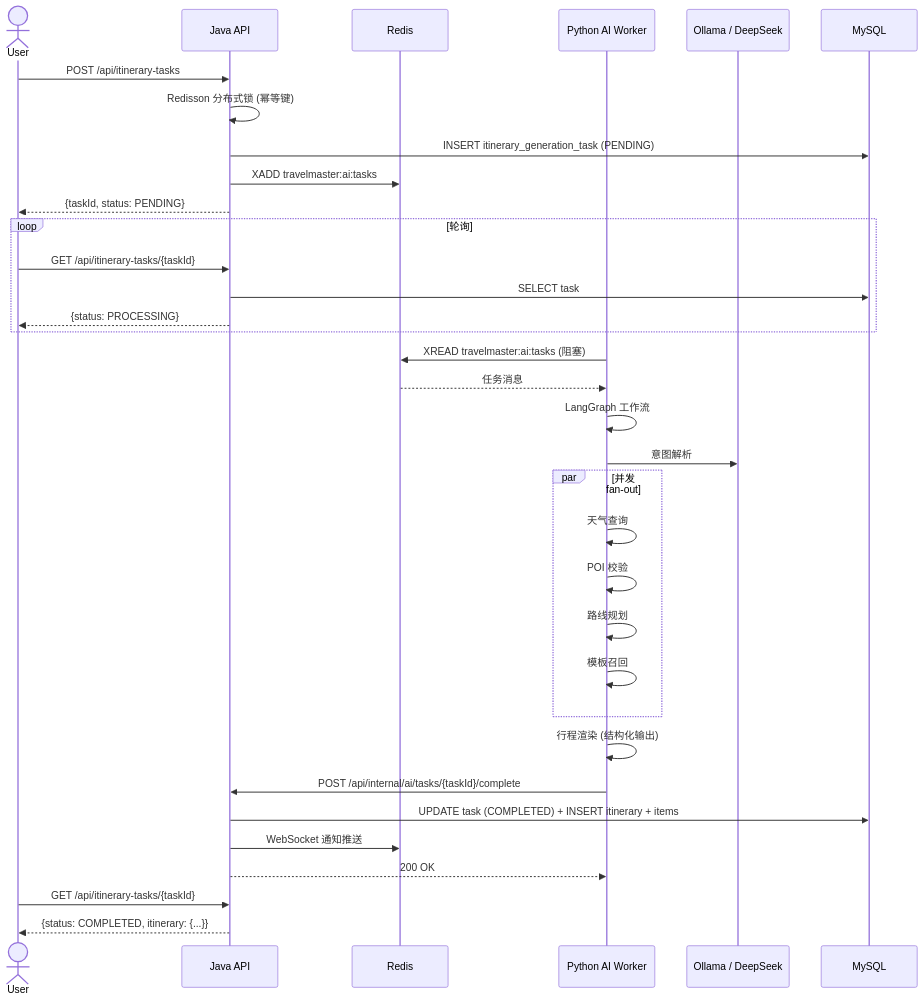
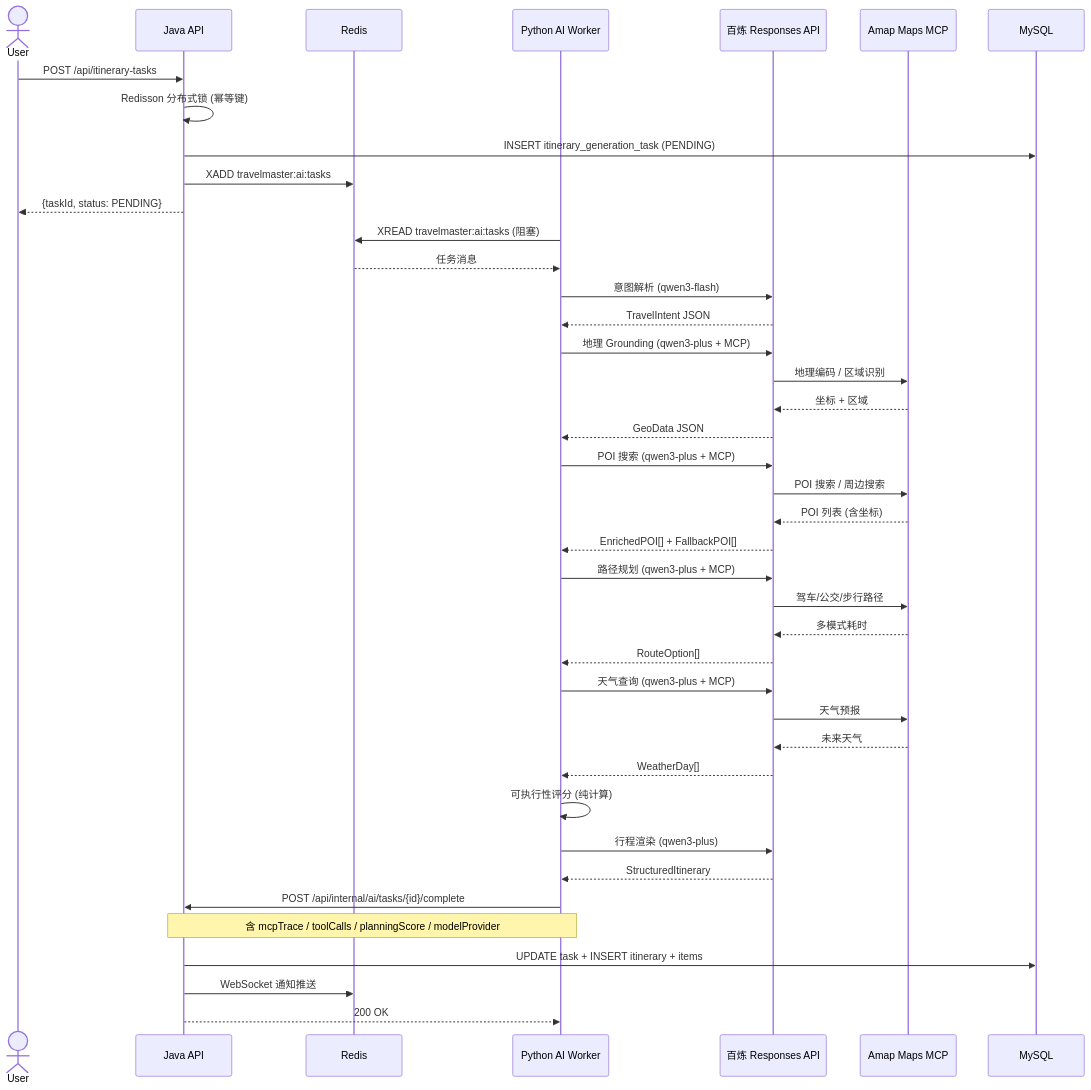
Before and after one commit to Ryan-HJX/TravelMaster-Pro-2.0: the fifth of 6 diagrams in ARCHITECTURE.md, drawn with Mermaid. The commit also changed other lines of this file and 70 other files, not shown here.

````diff
--- a/ARCHITECTURE.md
+++ b/ARCHITECTURE.md
@@ -243,39 +223,50 @@
 ```mermaid
 sequenceDiagram
     actor User
     participant Java as Java API
     participant Redis
     participant Python as Python AI Worker
-    participant LLM as Ollama / DeepSeek
+    participant Bailian as 百炼 Responses API
+    participant Amap as Amap Maps MCP
 
     User->>Java: POST /api/itinerary-tasks
     Java->>Java: Redisson 分布式锁 (幂等键)
     Java->>MySQL: INSERT itinerary_generation_task (PENDING)
     Java->>Redis: XADD travelmaster:ai:tasks
     Java-->>User: {taskId, status: PENDING}
 
-    loop 轮询
-        User->>Java: GET /api/itinerary-tasks/{taskId}
-        Java->>MySQL: SELECT task
-        Java-->>User: {status: PROCESSING}
-    end
-
     Python->>Redis: XREAD travelmaster:ai:tasks (阻塞)
     Redis-->>Python: 任务消息
-    Python->>Python: LangGraph 工作流
-    Python->>LLM: 意图解析
-    par 并发 fan-out
-        Python->>Python: 天气查询
-        Python->>Python: POI 校验
-        Python->>Python: 路线规划
-        Python->>Python: 模板召回
-    end
-    Python->>Python: 行程渲染 (结构化输出)
-    Python->>Java: POST /api/internal/ai/tasks/{taskId}/complete
-    Java->>MySQL: UPDATE task (COMPLETED) + INSERT itinerary + items
+    Python->>Bailian: 意图解析 (qwen3-flash)
+    Bailian-->>Python: TravelIntent JSON
+
+    Python->>Bailian: 地理 Grounding (qwen3-plus + MCP)
+    Bailian->>Amap: 地理编码 / 区域识别
+    Amap-->>Bailian: 坐标 + 区域
+    Bailian-->>Python: GeoData JSON
+
+    Python->>Bailian: POI 搜索 (qwen3-plus + MCP)
+    Bailian->>Amap: POI 搜索 / 周边搜索
+    Amap-->>Bailian: POI 列表 (含坐标)
+    Bailian-->>Python: EnrichedPOI[] + FallbackPOI[]
+
+    Python->>Bailian: 路径规划 (qwen3-plus + MCP)
+    Bailian->>Amap: 驾车/公交/步行路径
+    Amap-->>Bailian: 多模式耗时
+    Bailian-->>Python: RouteOption[]
+
+    Python->>Bailian: 天气查询 (qwen3-plus + MCP)
+    Bailian->>Amap: 天气预报
+    Amap-->>Bailian: 未来天气
+    Bailian-->>Python: WeatherDay[]
+
+    Python->>Python: 可执行性评分 (纯计算)
+    Python->>Bailian: 行程渲染 (qwen3-plus)
+    Bailian-->>Python: StructuredItinerary
+
+    Python->>Java: POST /api/internal/ai/tasks/{id}/complete
+    Note over Python,Java: 含 mcpTrace / toolCalls / planningScore / modelProvider
+    Java->>MySQL: UPDATE task + INSERT itinerary + items
     Java->>Redis: WebSocket 通知推送
     Java-->>Python: 200 OK
-
-    User->>Java: GET /api/itinerary-tasks/{taskId}
-    Java-->>User: {status: COMPLETED, itinerary: {...}}
 ```
````
